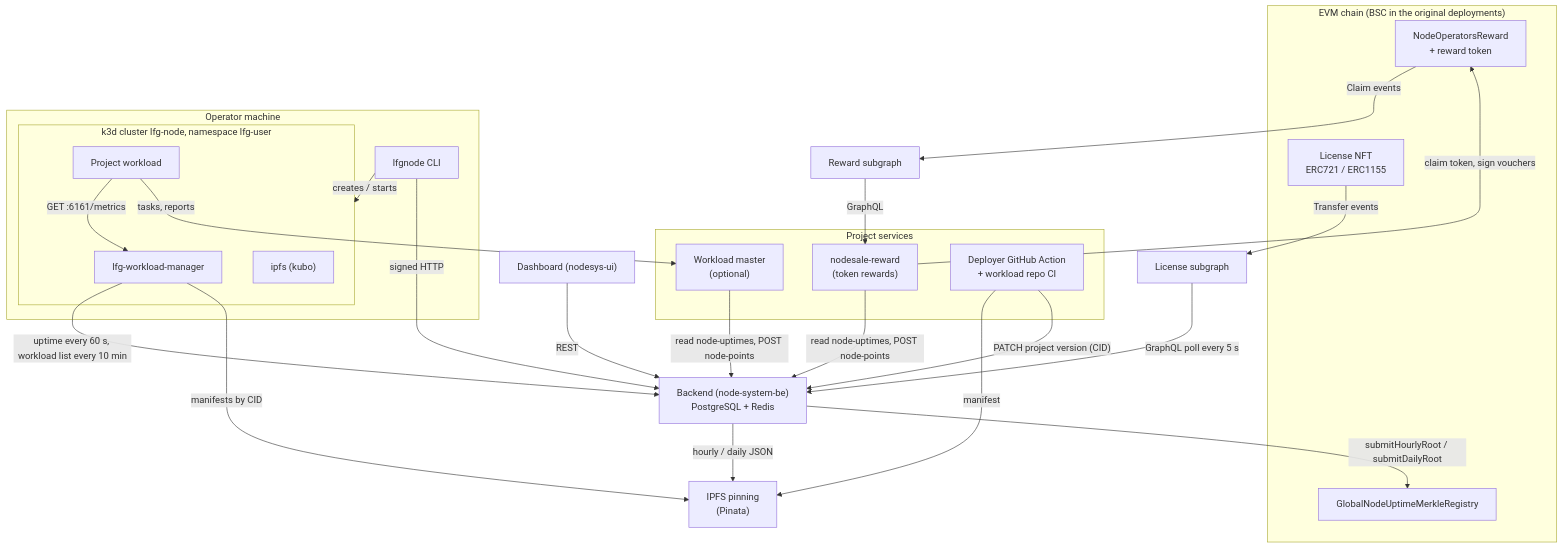
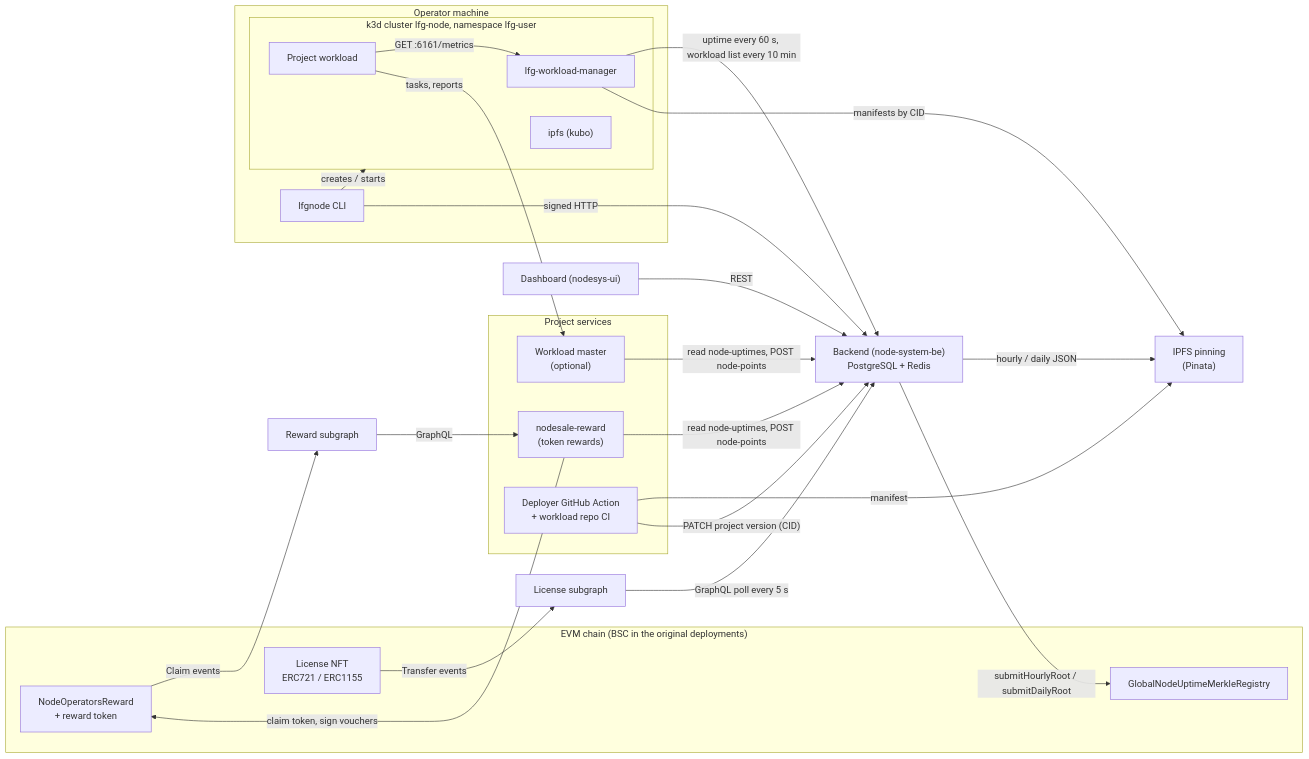
One commit to LFGInc/node-system-docs changed the diagram in docs/index.md. Above: the diagram before and after it, drawn with Mermaid. The commit also changed 1 other file, not shown here.

Commit message:
docs: make the architecture and setup-order diagrams readable
The self-hosting flowchart rendered as a single 32 px high row; split it
into two rows. Lay the architecture diagram out left to right so it is
less wide relative to its height.

````diff
--- a/docs/index.md
+++ b/docs/index.md
@@ -30,52 +30,52 @@
 ```mermaid
-flowchart TB
+flowchart LR
     subgraph chain["EVM chain (BSC in the original deployments)"]
         LIC["License NFT<br/>ERC721 / ERC1155"]
         REG["GlobalNodeUptimeMerkleRegistry"]
         NOR["NodeOperatorsReward<br/>+ reward token"]
     end
 
     LSG["License subgraph"]
     RSG["Reward subgraph"]
     BE["Backend (node-system-be)<br/>PostgreSQL + Redis"]
     PIN["IPFS pinning<br/>(Pinata)"]
     DASH["Dashboard (nodesys-ui)"]
 
     subgraph op["Operator machine"]
         CLI["lfgnode CLI"]
         subgraph k3d["k3d cluster lfg-node, namespace lfg-user"]
             WM["lfg-workload-manager"]
             KUBO["ipfs (kubo)"]
             WL["Project workload"]
         end
     end
 
     subgraph proj["Project services"]
         MASTER["Workload master<br/>(optional)"]
         REWARD["nodesale-reward<br/>(token rewards)"]
         DEP["Deployer GitHub Action<br/>+ workload repo CI"]
     end
 
     LIC -- "Transfer events" --> LSG
     LSG -- "GraphQL poll every 5 s" --> BE
 
     CLI -- "signed HTTP" --> BE
     CLI -- "creates / starts" --> k3d
     WL -- "GET :6161/metrics" --> WM
     WM -- "uptime every 60 s, workload list every 10 min" --> BE
     WM -- "manifests by CID" --> PIN
     WL -- "tasks, reports" --> MASTER
 
     BE -- "hourly / daily JSON" --> PIN
     BE -- "submitHourlyRoot / submitDailyRoot" --> REG
 
     MASTER -- "read node-uptimes, POST node-points" --> BE
     REWARD -- "read node-uptimes, POST node-points" --> BE
     REWARD -- "claim token, sign vouchers" --> NOR
     NOR -- "Claim events" --> RSG
     RSG -- "GraphQL" --> REWARD
 
     DEP -- "manifest" --> PIN
     DEP -- "PATCH project version (CID)" --> BE
     DASH -- "REST" --> BE
 ```
````
